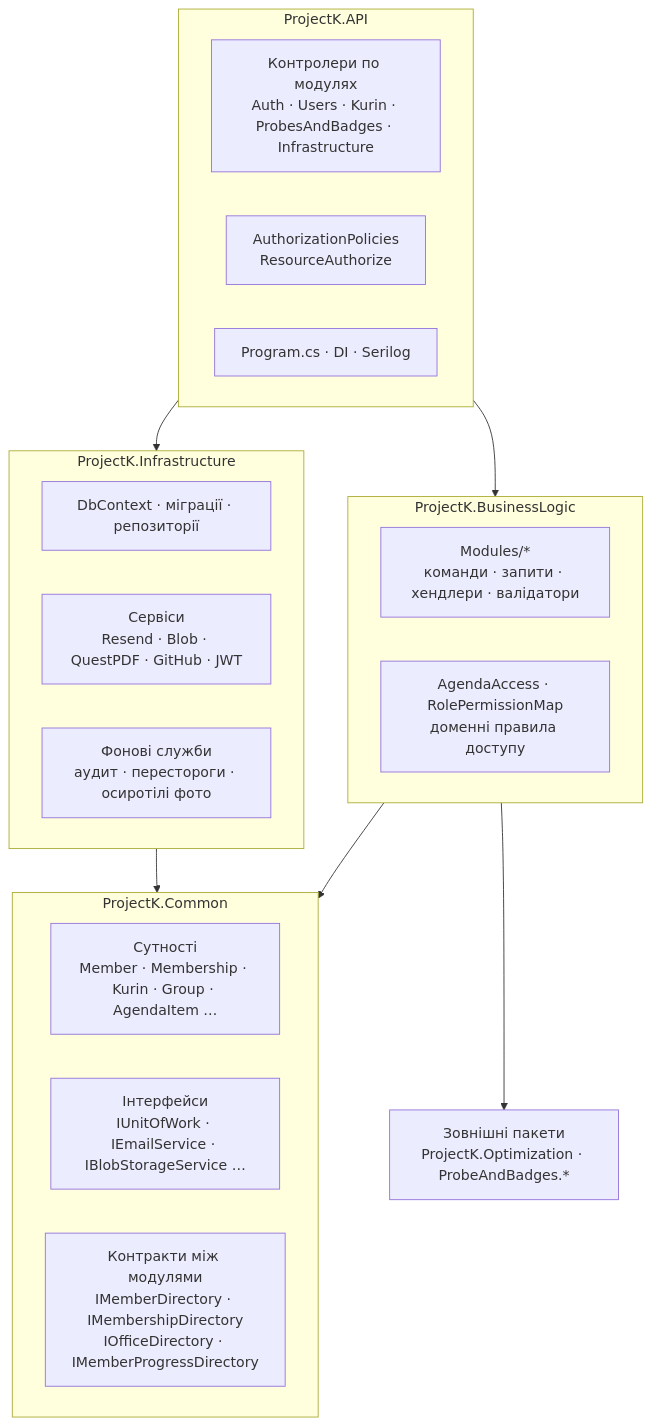
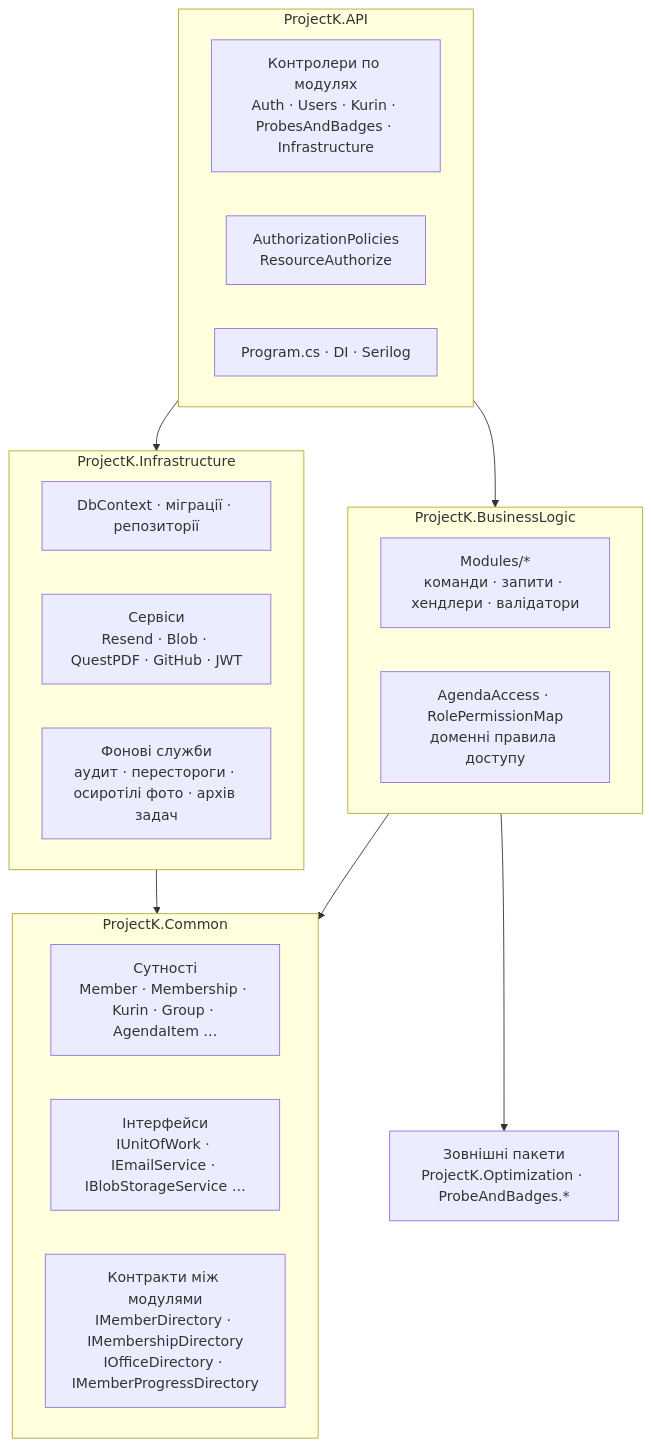
Before and after one commit to iamavasya/Project-K: the third of 4 diagrams in docs/dev/core/architecture-diagrams.md, drawn with Mermaid. The commit also changed 82 other files, not shown here.

````diff
--- a/docs/dev/core/architecture-diagrams.md
+++ b/docs/dev/core/architecture-diagrams.md
@@ -95,37 +95,37 @@
 ```mermaid
 flowchart TB
     subgraph API["ProjectK.API"]
         direction LR
         CTRL["Контролери по модулях<br/>Auth · Users · Kurin · ProbesAndBadges · Infrastructure"]
         POL["AuthorizationPolicies<br/>ResourceAuthorize"]
         DI["Program.cs · DI · Serilog"]
     end
 
     subgraph BL["ProjectK.BusinessLogic"]
         direction LR
         MODS["Modules/*<br/>команди · запити · хендлери · валідатори"]
         ACCESS["AgendaAccess · RolePermissionMap<br/>доменні правила доступу"]
     end
 
     subgraph COMMON["ProjectK.Common"]
         direction LR
         ENT["Сутності<br/>Member · Membership · Kurin · Group · AgendaItem …"]
         IFACE["Інтерфейси<br/>IUnitOfWork · IEmailService · IBlobStorageService …"]
         CONTRACTS["Контракти між модулями<br/>IMemberDirectory · IMembershipDirectory<br/>IOfficeDirectory · IMemberProgressDirectory"]
     end
 
     subgraph INFRA["ProjectK.Infrastructure"]
         direction LR
         DBC["DbContext · міграції · репозиторії"]
         SVC["Сервіси<br/>Resend · Blob · QuestPDF · GitHub · JWT"]
-        BG["Фонові служби<br/>аудит · перестороги · осиротілі фото"]
+        BG["Фонові служби<br/>аудит · перестороги · осиротілі фото · архів задач"]
     end
 
     EXT["Зовнішні пакети<br/>ProjectK.Optimization · ProbeAndBadges.*"]
 
     API --> BL
     API --> INFRA
     BL --> COMMON
     INFRA --> COMMON
     BL --> EXT
 ```
````
